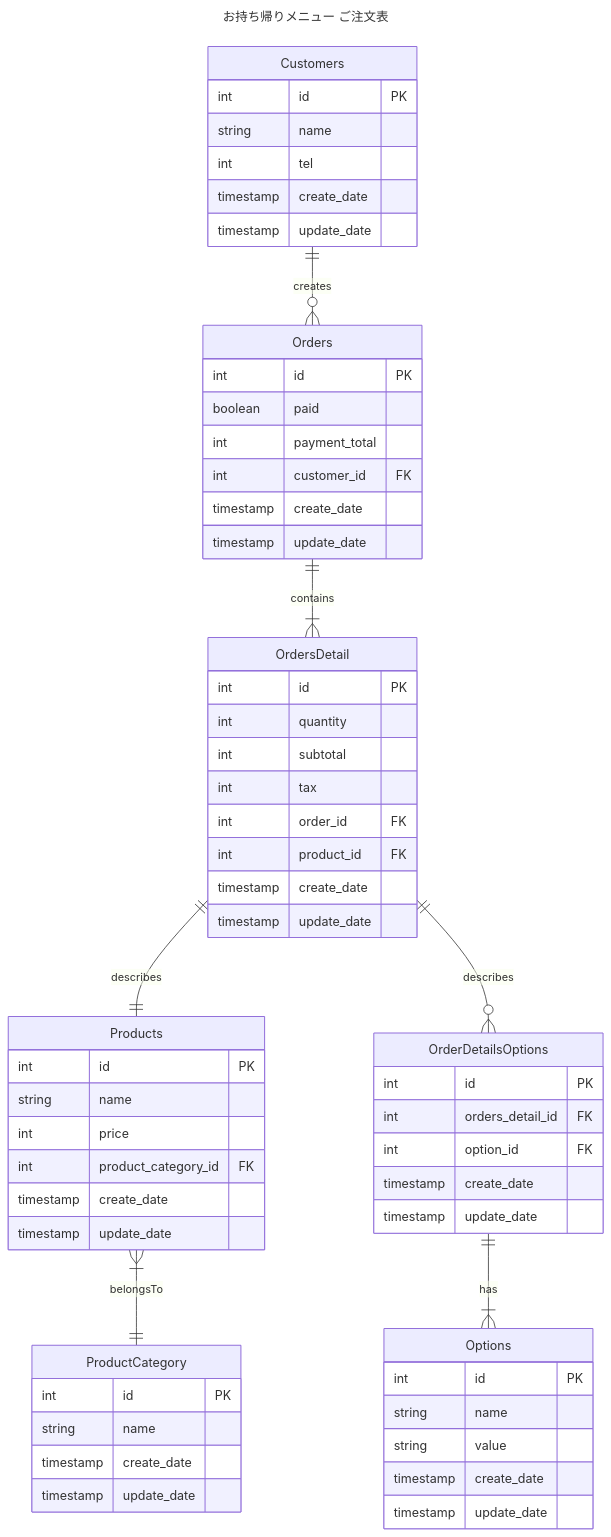
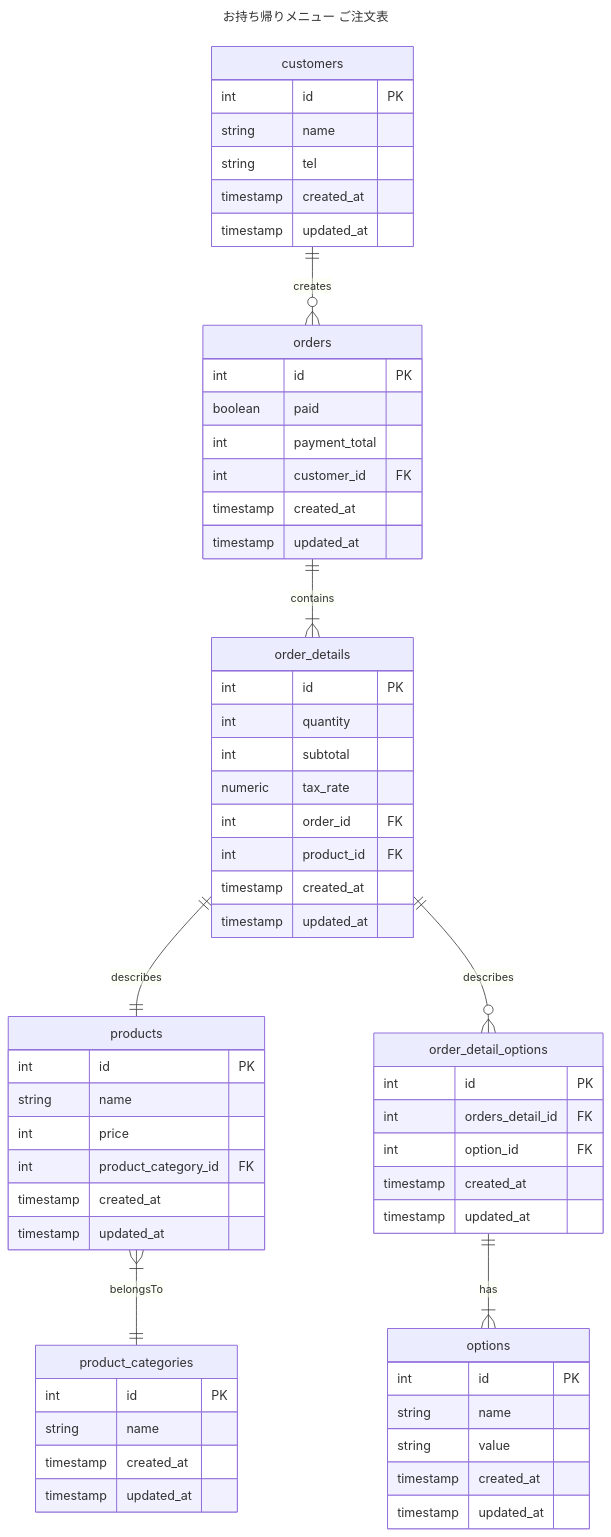
One commit to ttakuma17/til changed the diagram in db/modeling/1/2-1.md. Above: the diagram before and after it, drawn with Mermaid. The commit also changed other lines of this file and 2 other files, not shown here.

Commit message:
課題2を進めた

````diff
--- a/db/modeling/1/2-1.md
+++ b/db/modeling/1/2-1.md
@@ -9,65 +22,65 @@
 ```mermaid
 ---
 title: お持ち帰りメニュー ご注文表
 ---
 erDiagram
-    Customers ||--o{ Orders : creates
-    Customers {
+    customers ||--o{ orders : creates
+    customers {
         int id PK
         string name
-        int tel
-        timestamp create_date
-        timestamp update_date
+        string tel
+        timestamp created_at
+        timestamp updated_at
     }
-    Orders ||--|{ OrdersDetail : contains
-    Orders { 
+    orders ||--|{ order_details : contains
+    orders { 
         int id PK
         boolean paid
         int payment_total
         int customer_id FK
-        timestamp create_date
-        timestamp update_date
+        timestamp created_at
+        timestamp updated_at
     }
-    OrdersDetail ||--|| Products : describes
-    OrdersDetail {
+    order_details ||--|| products : describes
+    order_details {
         int id PK
         int quantity
         int subtotal
-        int tax
+        numeric tax_rate
         int order_id FK
         int product_id FK
-        timestamp create_date
-        timestamp update_date
+        timestamp created_at
+        timestamp updated_at
     }
-    Products {
+    products {
         int id PK
         string name
         int price
         int product_category_id FK
-        timestamp create_date
-        timestamp update_date 
+        timestamp created_at
+        timestamp updated_at 
     }
-    Products }|--|| ProductCategory : belongsTo
-    ProductCategory {
+    products }|--|| product_categories : belongsTo
+    product_categories {
         int id PK
         string name
-        timestamp create_date
-        timestamp update_date
+        timestamp created_at
+        timestamp updated_at
     }
-    Options {
+    options {
         int id PK
         string name
         string value
-        timestamp create_date
-        timestamp update_date
+        timestamp created_at
+        timestamp updated_at
     }
-    OrdersDetail ||--o{ OrderDetailsOptions: describes
-    OrderDetailsOptions ||--|{ Options: has
-    OrderDetailsOptions {
+    order_details ||--o{ order_detail_options: describes
+    order_detail_options ||--|{ options: has
+    order_detail_options {
         int id PK
         int orders_detail_id FK
         int option_id FK
-        timestamp create_date
-        timestamp update_date
+        timestamp created_at
+        timestamp updated_at
     }
 ```
````
